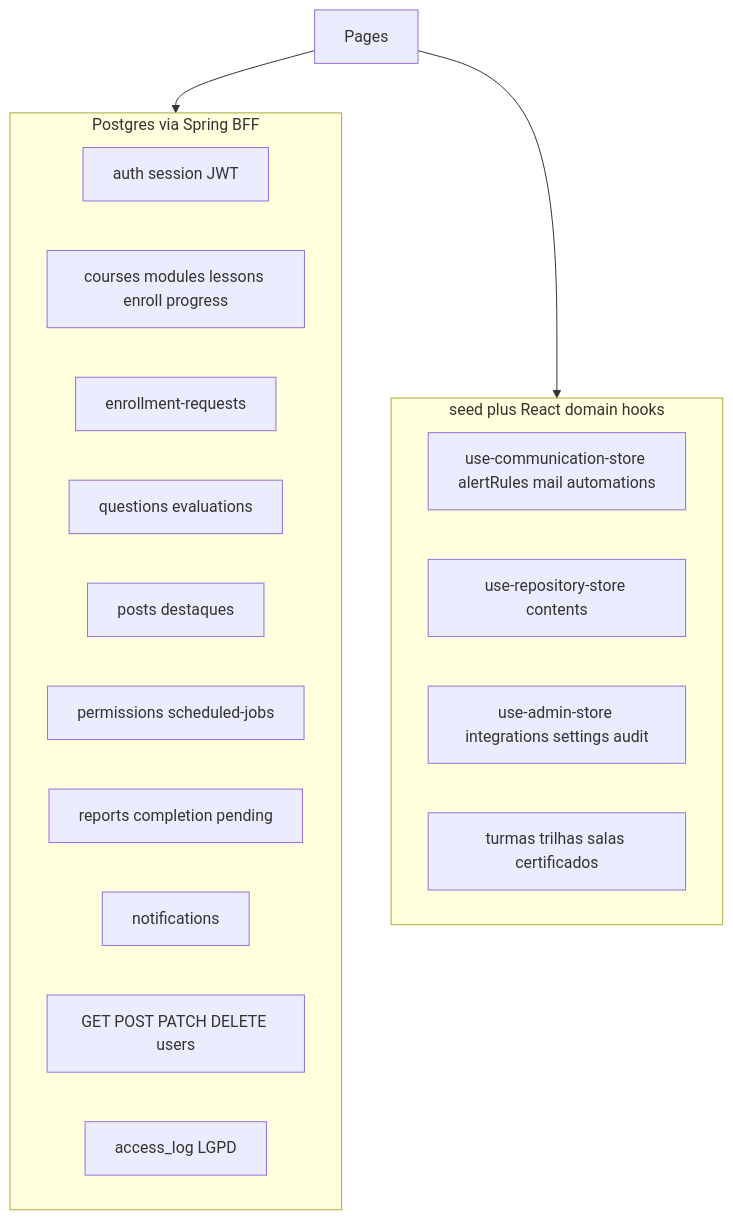
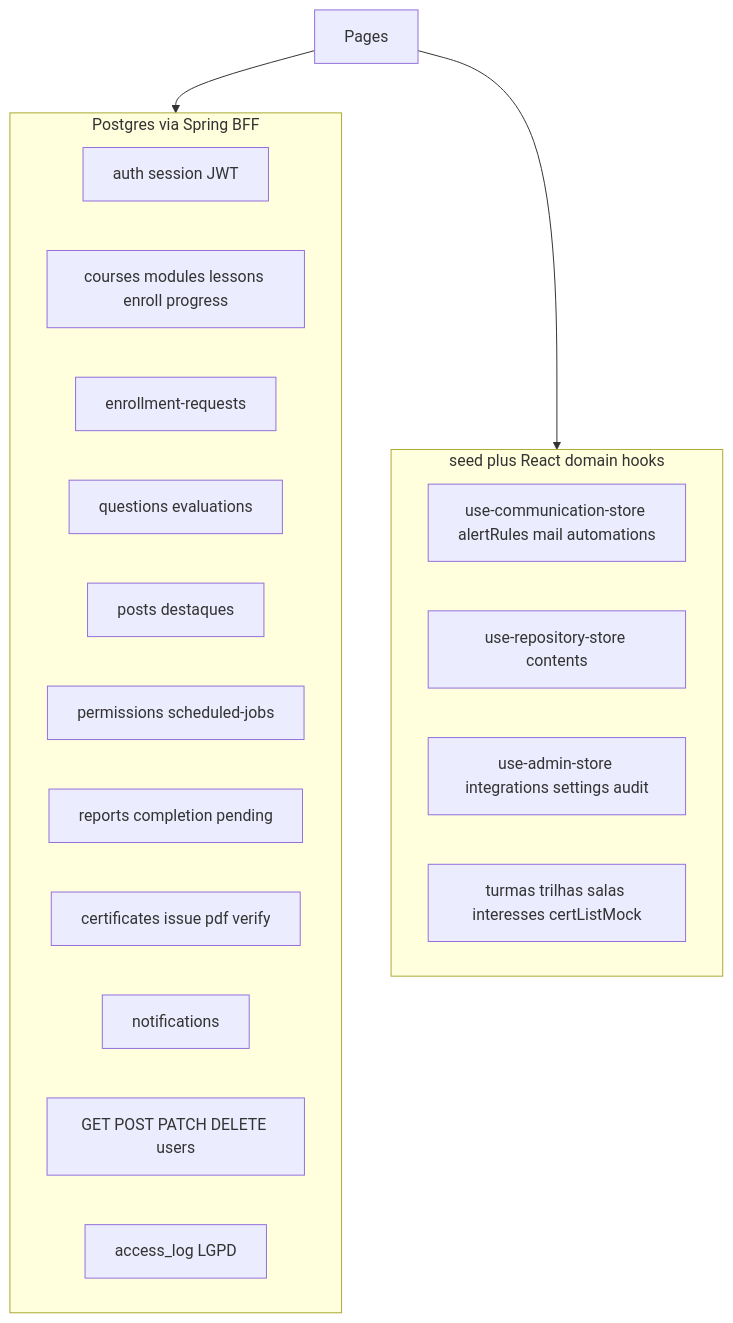
One commit to GrigoriDevv/navoxi-lms changed the diagram in AGENTS.md. Above: the diagram before and after it, drawn with Mermaid. The commit also changed other lines of this file and 33 other files, not shown here.

First line of the commit message:
feat: issue certificates with PDF and public hash verification

````diff
--- a/AGENTS.md
+++ b/AGENTS.md
@@ -26,23 +28,24 @@
 ```mermaid
 flowchart TB
   subgraph java [Postgres via Spring BFF]
     Auth[auth session JWT]
     Learn[courses modules lessons enroll progress]
     EnrollReq[enrollment-requests]
     QuestionsEval[questions evaluations]
     PostsDestaques[posts destaques]
     PermsJobs[permissions scheduled-jobs]
-    Reports[reports completion pending]
-    Notif[notifications]
+ Reports[reports completion pending]
+ Certificates[certificates issue pdf verify]
+ Notif[notifications]
     UsersAdmin[GET POST PATCH DELETE users]
     AccessLog[access_log LGPD]
   end
   subgraph mock [seed plus React domain hooks]
     CommMock[use-communication-store alertRules mail automations]
     RepoContents[use-repository-store contents]
     AdminMock[use-admin-store integrations settings audit]
-    LearnMock[turmas trilhas salas certificados]
+    LearnMock[turmas trilhas salas interesses certListMock]
   end
   UI[Pages] --> java
   UI --> mock
 ```
````
